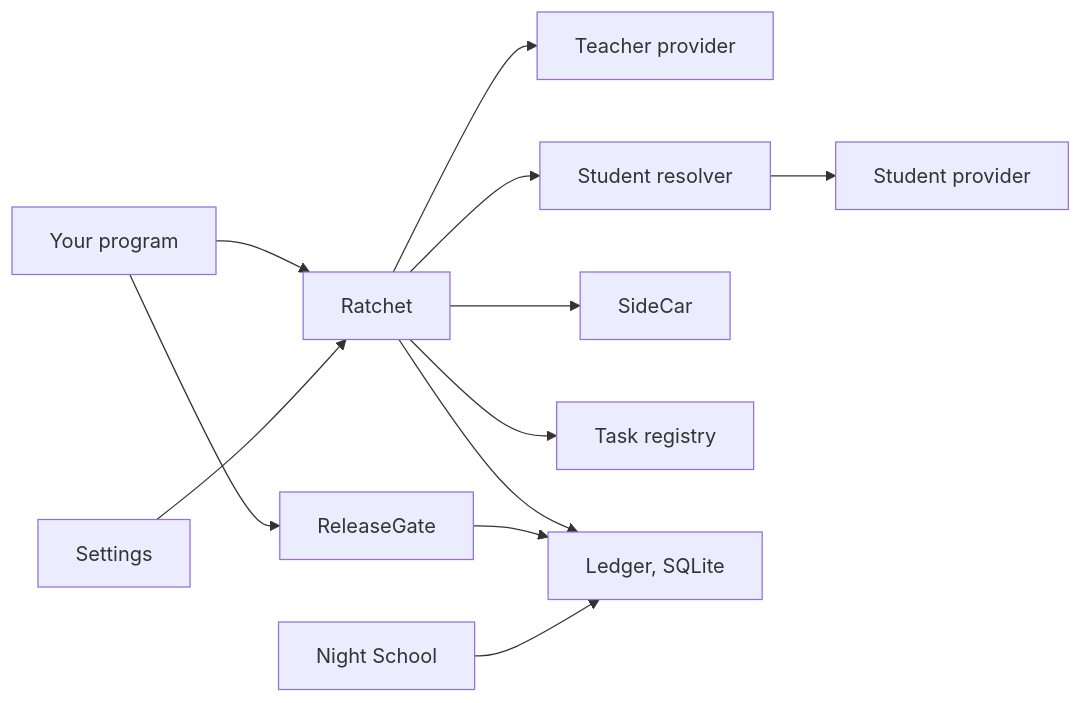
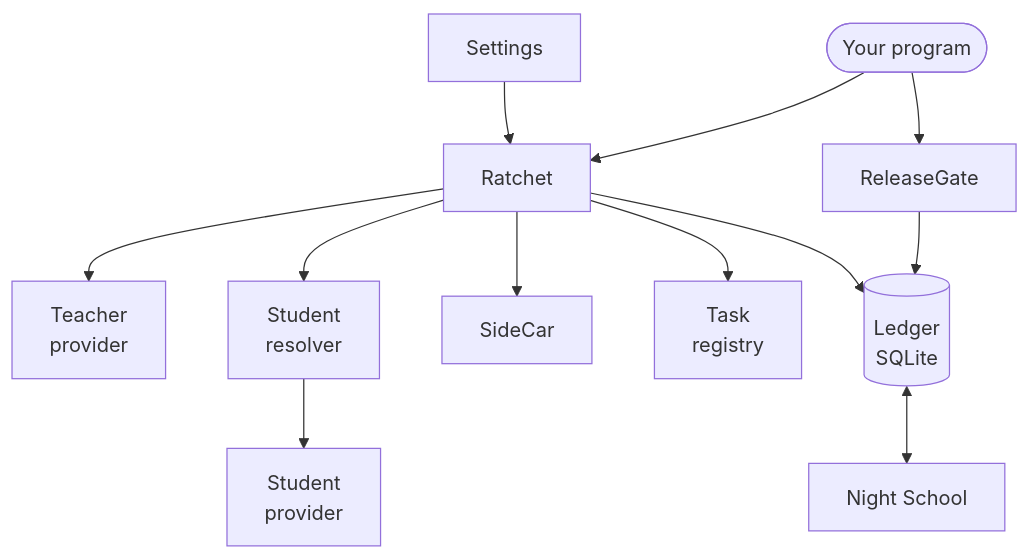
One commit to harshbhx/ratchet changed the first of 2 diagrams in docs-site/src/content/docs/api/python.mdx. Above: the diagram before and after it, drawn with Mermaid. The commit also changed other lines of this file and 25 other files, not shown here.

````diff
--- a/docs-site/src/content/docs/api/python.mdx
+++ b/docs-site/src/content/docs/api/python.mdx
@@ -47,14 +54,18 @@
 ```mermaid
-flowchart LR
-    App["Your program"] --> R["Ratchet"]
-    App --> G["ReleaseGate"]
-    S["Settings"] --> R
-    R --> T["Teacher provider"]
-    R --> V["Student resolver"]
-    V --> St["Student provider"]
-    R --> SC["SideCar"]
-    R --> Reg["Task registry"]
-    R --> L["Ledger, SQLite"]
-    G --> L
-    N["Night School"] --> L
+flowchart TB
+  S["Settings"] --> R
+  App(["Your program"]) --> R["Ratchet"]
+  App --> G["ReleaseGate"]
+  R --> T["Teacher<br/>provider"]
+  R --> V["Student<br/>resolver"]
+  V --> St["Student<br/>provider"]
+  R --> SC["SideCar"]
+  R --> Reg["Task<br/>registry"]
+  R --> L[("Ledger<br/>SQLite")]
+  G --> L
+  L <--> N["Night School"]
+
+  class T teacher
+  class V,St student
+  class L store
 ```
````
